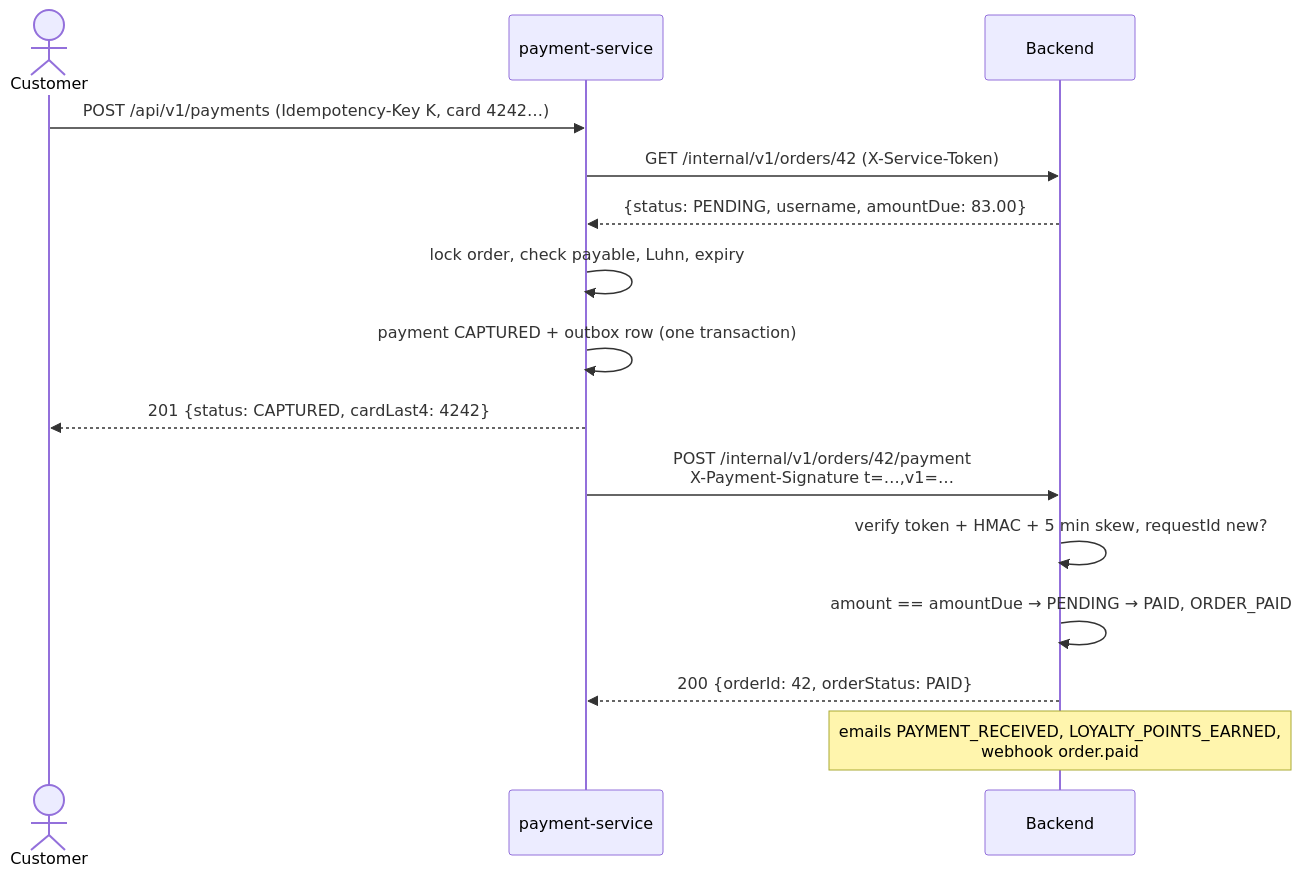
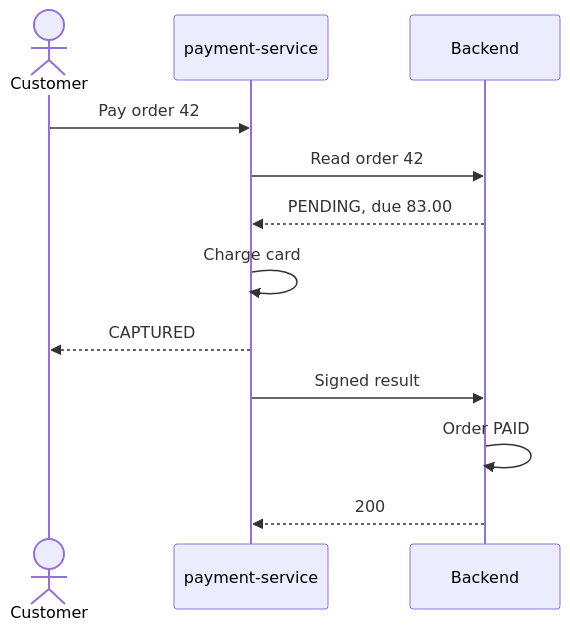
The second of 4 diagrams in docs-site/docs/flows/payments.md (slawekradzyminski/awesome-localstack), drawn with Mermaid before and after one commit. The commit also changed other lines of this file and 27 other files, not shown here.

First line of the commit message:
Fix unrendered wiki diagrams and make every diagram readable

````diff
--- a/docs-site/docs/flows/payments.md
+++ b/docs-site/docs/flows/payments.md
@@ -75,17 +72,14 @@
 ```mermaid
 sequenceDiagram
     actor C as Customer
     participant P as payment-service
     participant B as Backend
-    C->>P: POST /api/v1/payments (Idempotency-Key K, card 4242…)
-    P->>B: GET /internal/v1/orders/42 (X-Service-Token)
-    B-->>P: {status: PENDING, username, amountDue: 83.00}
-    P->>P: lock order, check payable, Luhn, expiry
-    P->>P: payment CAPTURED + outbox row (one transaction)
-    P-->>C: 201 {status: CAPTURED, cardLast4: 4242}
-    P->>B: POST /internal/v1/orders/42/payment<br/>X-Payment-Signature t=…,v1=…
-    B->>B: verify token + HMAC + 5 min skew, requestId new?
-    B->>B: amount == amountDue → PENDING → PAID, ORDER_PAID
-    B-->>P: 200 {orderId: 42, orderStatus: PAID}
-    Note over B: emails PAYMENT_RECEIVED, LOYALTY_POINTS_EARNED,<br/>webhook order.paid
+    C->>P: Pay order 42
+    P->>B: Read order 42
+    B-->>P: PENDING, due 83.00
+    P->>P: Charge card
+    P-->>C: CAPTURED
+    P->>B: Signed result
+    B->>B: Order PAID
+    B-->>P: 200
 ```
````
